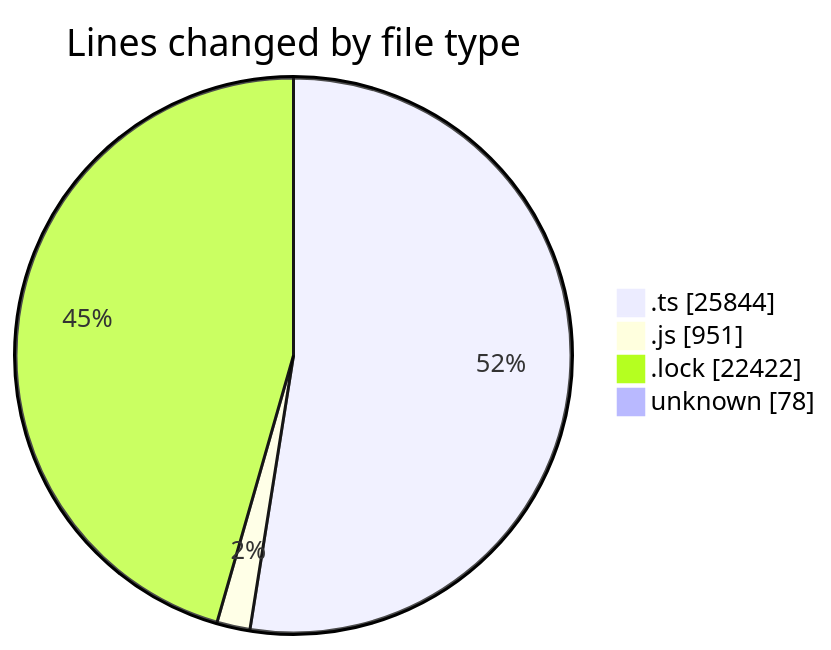
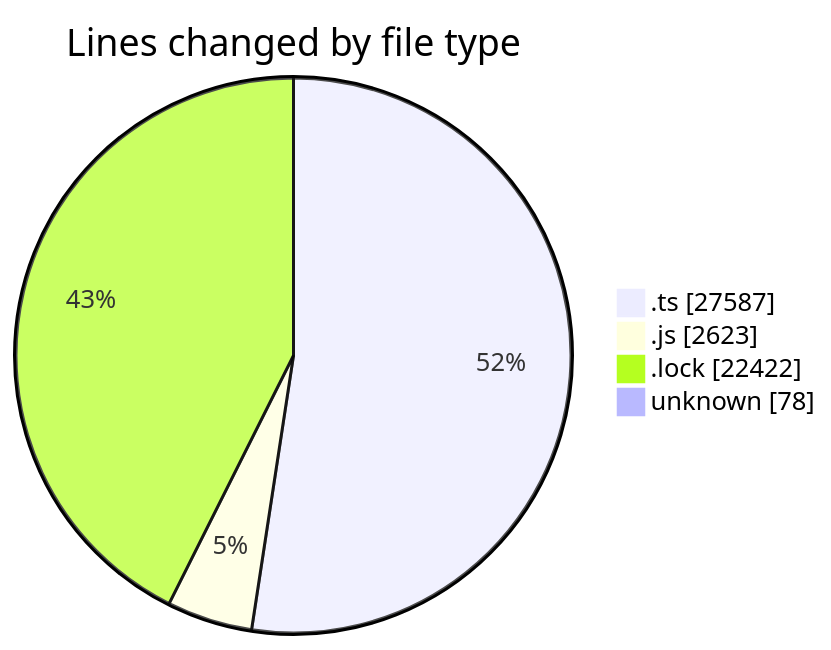
Before and after one commit to momahboobian/code-tracking: the first of 2 diagrams in 2025-05-20/cda/README.md, drawn with Mermaid. The commit also changed other lines of this file and 1 other file, not shown here.

````diff
--- a/2025-05-20/cda/README.md
+++ b/2025-05-20/cda/README.md
@@ -38,8 +42,8 @@
 ```mermaid
 pie showData
 title Lines changed by file type
-".ts" : 25844
-".js" : 951
+".ts" : 27587
+".js" : 2623
 ".lock" : 22422
 "unknown" : 78
 ```
````
